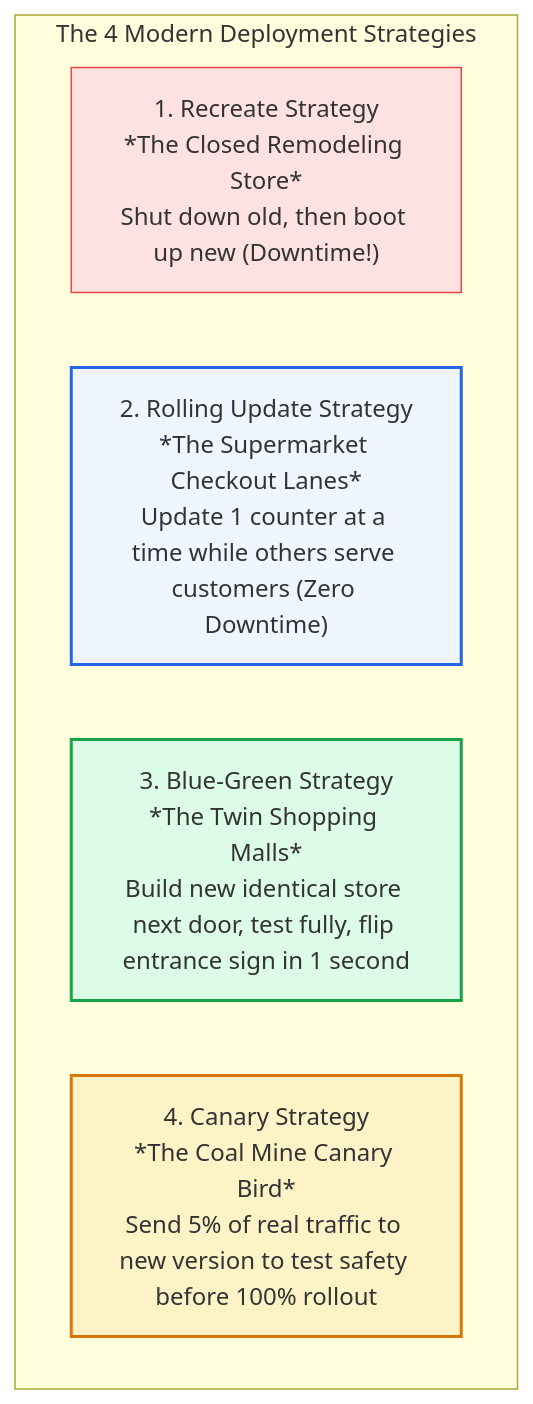
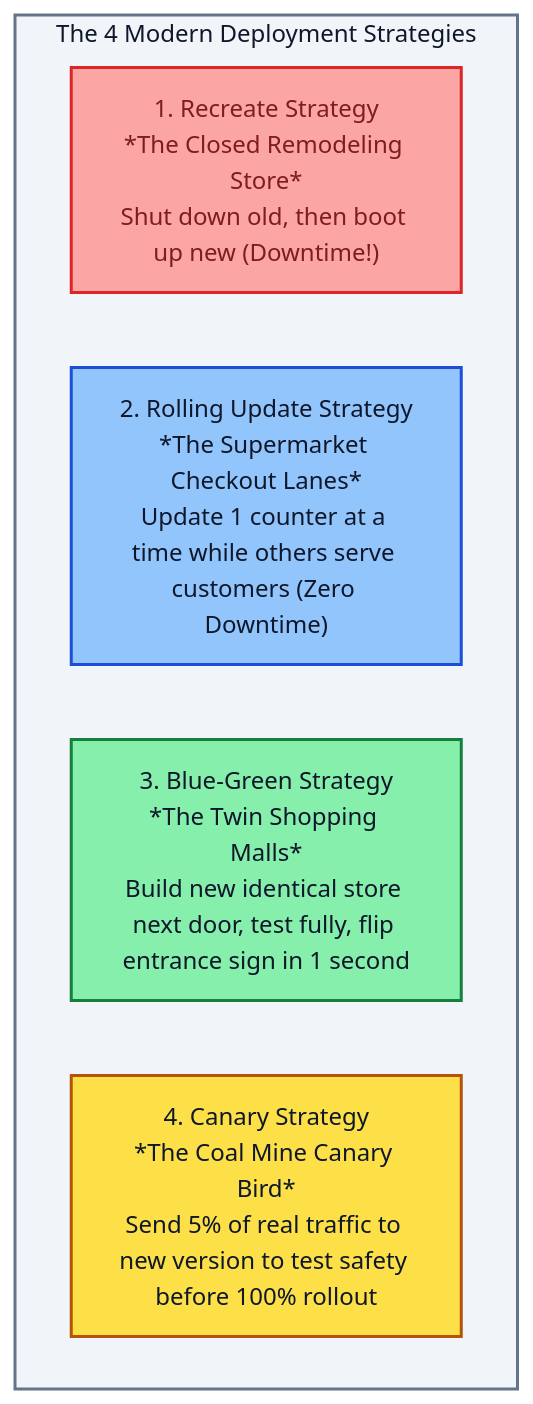
Before and after one commit to PandeyKishan/Study-Notes: the first of 3 diagrams in 04-CICD-Pipelines/04-Deployment-Strategies.md, drawn with Mermaid. The commit also changed other lines of this file and 22 other files, not shown here.

Commit message:
docs: enhance diagram visibility with high-contrast palette and add concise book definitions

````diff
--- a/04-CICD-Pipelines/04-Deployment-Strategies.md
+++ b/04-CICD-Pipelines/04-Deployment-Strategies.md
@@ -18,14 +18,15 @@
 ```mermaid
 flowchart TD
     subgraph Strategies["The 4 Modern Deployment Strategies"]
         R["1. Recreate Strategy\n*The Closed Remodeling Store*\nShut down old, then boot up new (Downtime!)"]
         RU["2. Rolling Update Strategy\n*The Supermarket Checkout Lanes*\nUpdate 1 counter at a time while others serve customers (Zero Downtime)"]
         BG["3. Blue-Green Strategy\n*The Twin Shopping Malls*\nBuild new identical store next door, test fully, flip entrance sign in 1 second"]
         C["4. Canary Strategy\n*The Coal Mine Canary Bird*\nSend 5% of real traffic to new version to test safety before 100% rollout"]
     end
 
-    style R fill:#fee2e2,stroke:#ef4444,stroke-width:1px
-    style RU fill:#eff6ff,stroke:#2563eb,stroke-width:2px
-    style BG fill:#dcfce7,stroke:#16a34a,stroke-width:2px
-    style C fill:#fef3c7,stroke:#d97706,stroke-width:2px
+    style Strategies fill:#f1f5f9,stroke:#64748b,stroke-width:2px,color:#0f172a
+    style R fill:#fca5a5,stroke:#dc2626,stroke-width:2px,color:#7f1d1d
+    style RU fill:#93c5fd,stroke:#1d4ed8,stroke-width:2px,color:#0f172a
+    style BG fill:#86efac,stroke:#15803d,stroke-width:2px,color:#0f172a
+    style C fill:#fde047,stroke:#b45309,stroke-width:2px,color:#0f172a
 ```
````
